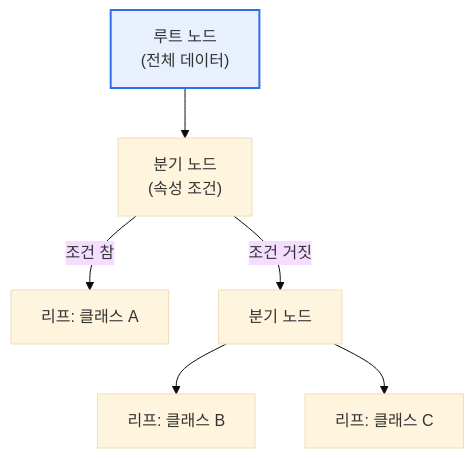
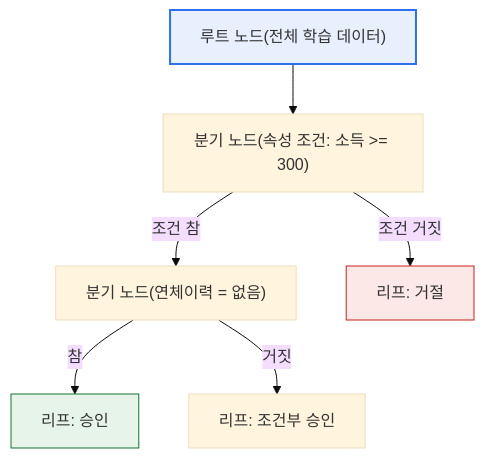
The first of 2 diagrams in content/decision-tree.md (coninggu/wjdqhrhksflrltnftk), drawn with Mermaid (base theme) before and after one commit. The commit also changed other lines of this file and 3 other files, not shown here.

````diff
--- a/content/decision-tree.md
+++ b/content/decision-tree.md
@@ -15,9 +21,11 @@
 ```mermaid
 flowchart TB
-  R["루트 노드<br/>(전체 데이터)"] --> A["분기 노드<br/>(속성 조건)"]
-  A -->|조건 참| L1[리프: 클래스 A]
-  A -->|조건 거짓| B[분기 노드]
-  B --> L2[리프: 클래스 B]
-  B --> L3[리프: 클래스 C]
+  R["루트 노드(전체 학습 데이터)"] --> A["분기 노드(속성 조건: 소득 >= 300)"]
+  A -->|조건 참| B["분기 노드(연체이력 = 없음)"]
+  A -->|조건 거짓| L1["리프: 거절"]
+  B -->|참| L2["리프: 승인"]
+  B -->|거짓| L3["리프: 조건부 승인"]
   style R fill:#e8f0fe,stroke:#2f6fed,stroke-width:2px
+  style L2 fill:#e6f4ea,stroke:#137333
+  style L1 fill:#fce8e6,stroke:#c5221f
 ```
````
